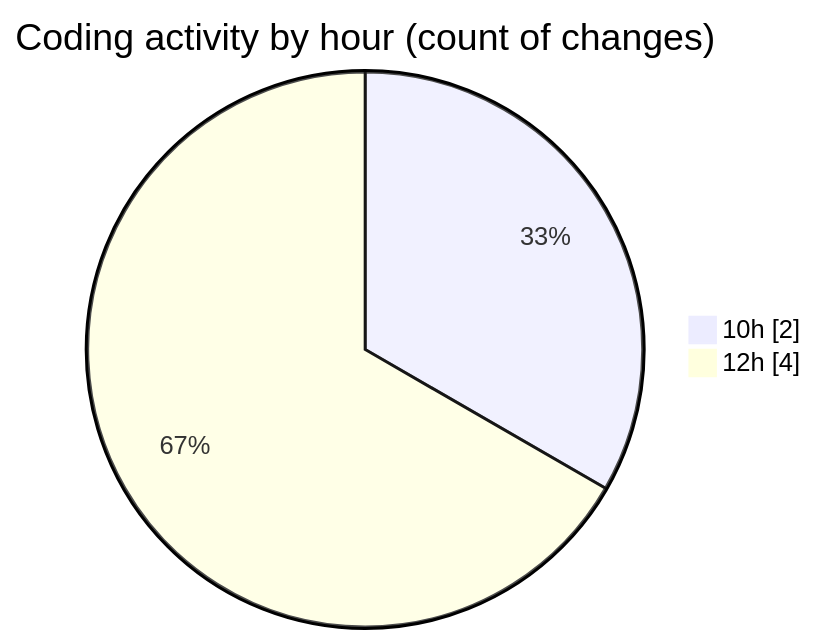
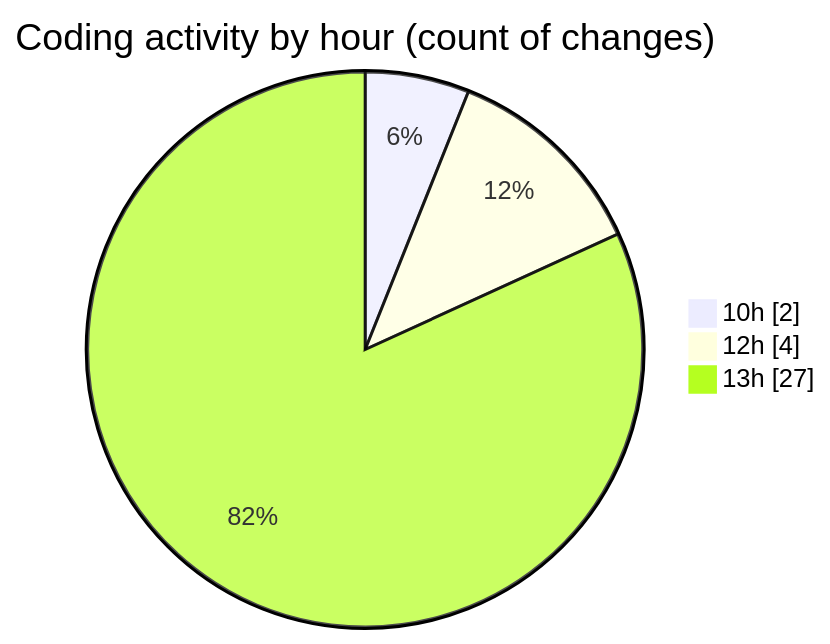
One commit to momahboobian/code-tracking changed the second of 2 diagrams in 2026-04-30/cda/README.md. Above: the diagram before and after it, drawn with Mermaid. The commit also changed other lines of this file and 1 other file, not shown here.

````diff
--- a/2026-04-30/cda/README.md
+++ b/2026-04-30/cda/README.md
@@ -35,6 +63,7 @@
 ```mermaid
 pie showData
 title Coding activity by hour (count of changes)
 "10h" : 2
 "12h" : 4
+"13h" : 27
 ```
````
